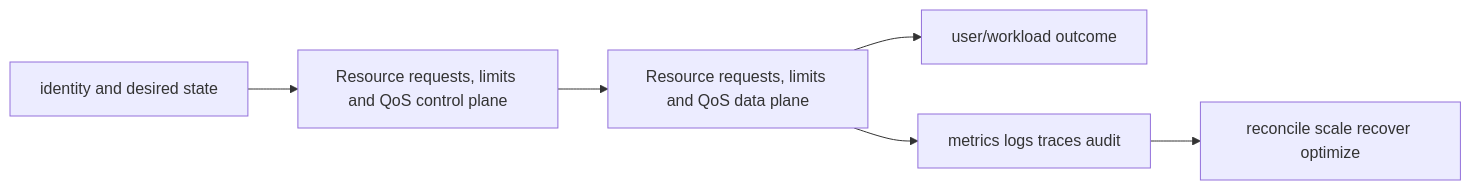
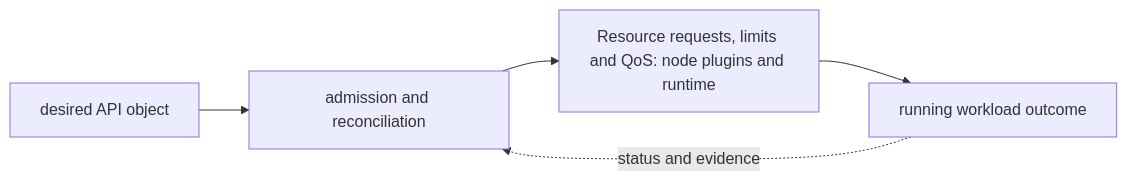
One commit to tomkidumbuyo/DevOps-interview-preparation changed the diagram in 06-kubernetes/06-scheduling-autoscaling/01-requests-limits-qos/README.md. Above: the diagram before and after it, drawn with Mermaid. The commit also changed other lines of this file and 753 other files, not shown here.

````diff
--- a/06-kubernetes/06-scheduling-autoscaling/01-requests-limits-qos/README.md
+++ b/06-kubernetes/06-scheduling-autoscaling/01-requests-limits-qos/README.md
@@ -19,8 +31,7 @@
 ```mermaid
 flowchart LR
-  I[identity and desired state] --> C[Resource requests, limits and QoS control plane]
-  C --> D[Resource requests, limits and QoS data plane]
-  D --> U[user/workload outcome]
-  D --> O[metrics logs traces audit]
-  O --> R[reconcile scale recover optimize]
+  A["desired API object"] --> B["admission and reconciliation"]
+  B --> C["Resource requests, limits and QoS: node plugins and runtime"]
+  C --> D["running workload outcome"]
+  D -. "status and evidence" .-> B
 ```
````
